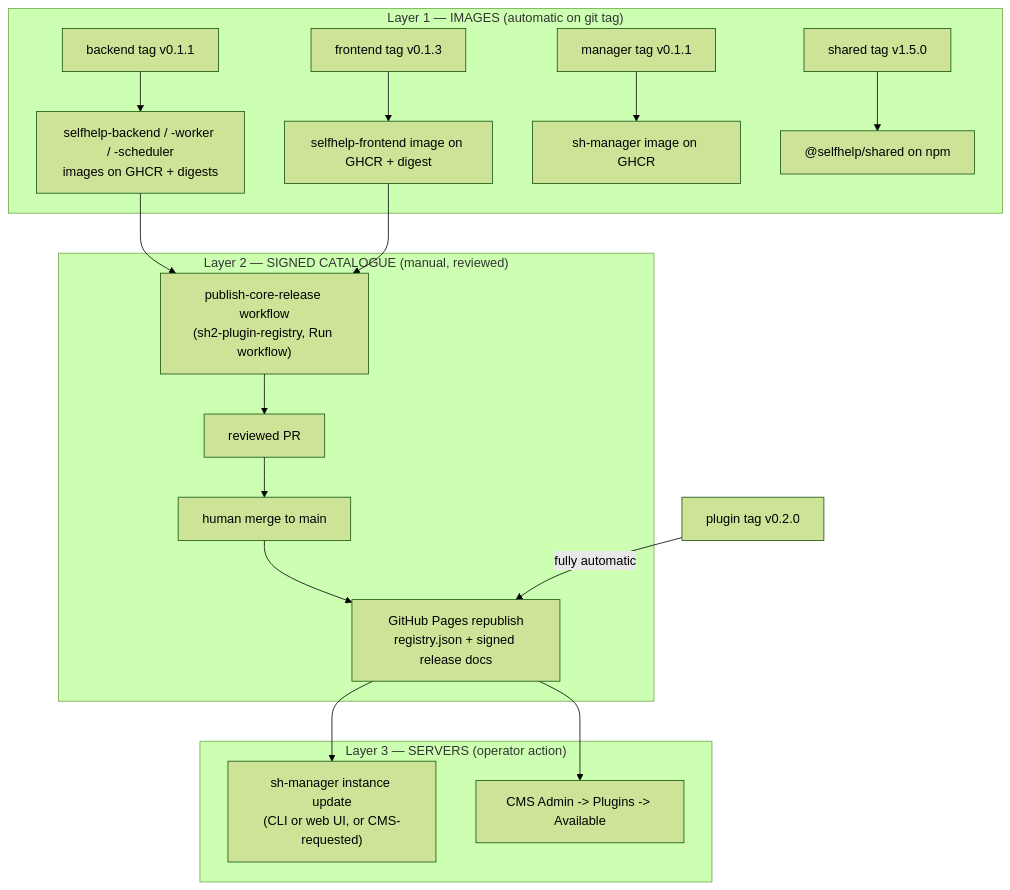
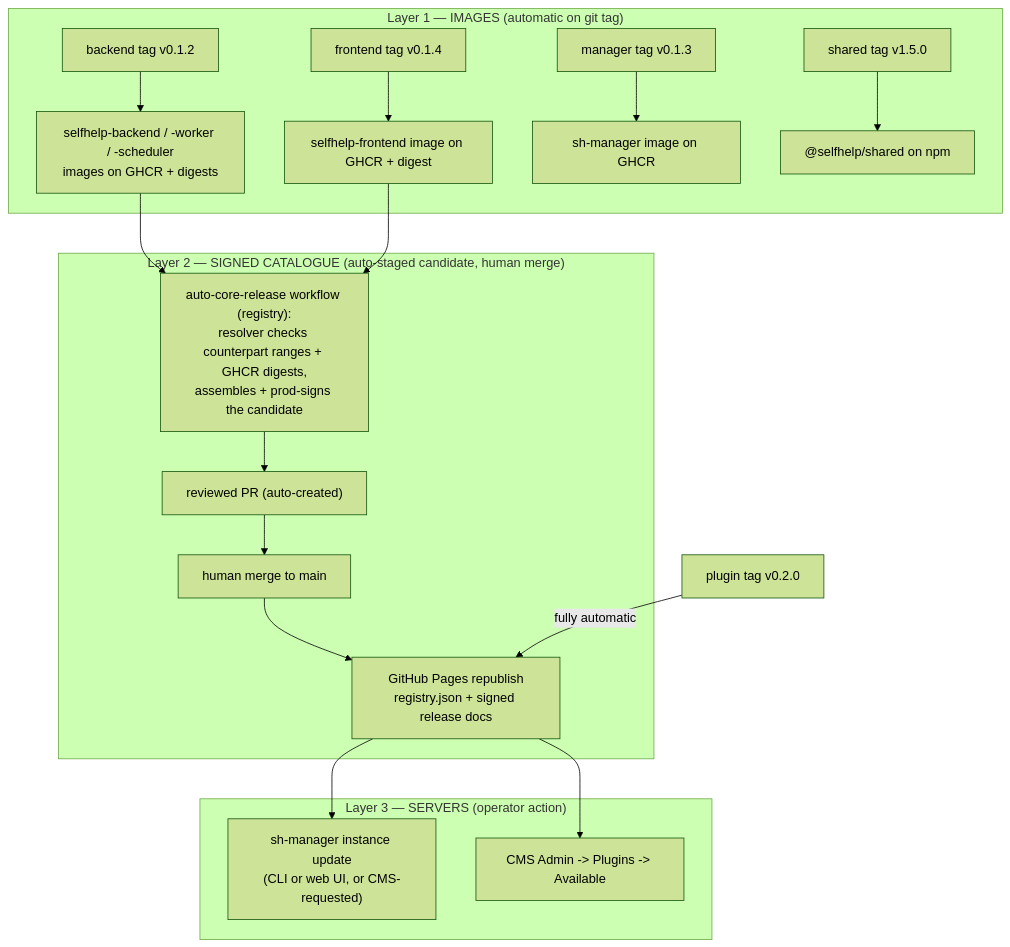
One commit to humdek-unibe-ch/sh-selfhelp_backend changed the diagram in docs/operations/ecosystem-release-and-update-runbook.md. Above: the diagram before and after it, drawn with Mermaid (forest theme). The commit also changed other lines of this file and 4 other files, not shown here.

First line of the commit message:
feat(release): auto core release candidate flow + v0.1.2

````diff
--- a/docs/operations/ecosystem-release-and-update-runbook.md
+++ b/docs/operations/ecosystem-release-and-update-runbook.md
@@ -33,20 +33,20 @@
 ```mermaid
 flowchart TB
   subgraph L1["Layer 1 — IMAGES (automatic on git tag)"]
-    bt["backend tag v0.1.1"] --> bi["selfhelp-backend / -worker / -scheduler<br/>images on GHCR + digests"]
-    ft["frontend tag v0.1.3"] --> fi["selfhelp-frontend image on GHCR + digest"]
-    mt["manager tag v0.1.1"] --> mi["sh-manager image on GHCR"]
+    bt["backend tag v0.1.2"] --> bi["selfhelp-backend / -worker / -scheduler<br/>images on GHCR + digests"]
+    ft["frontend tag v0.1.4"] --> fi["selfhelp-frontend image on GHCR + digest"]
+    mt["manager tag v0.1.3"] --> mi["sh-manager image on GHCR"]
     st["shared tag v1.5.0"] --> si["@selfhelp/shared on npm"]
   end
-  subgraph L2["Layer 2 — SIGNED CATALOGUE (manual, reviewed)"]
-    bi --> wf["publish-core-release workflow<br/>(sh2-plugin-registry, Run workflow)"]
-    fi --> wf
-    wf --> pr["reviewed PR"] --> merge["human merge to main"]
+  subgraph L2["Layer 2 — SIGNED CATALOGUE (auto-staged candidate, human merge)"]
+    bi --> auto["auto-core-release workflow (registry):<br/>resolver checks counterpart ranges + GHCR digests,<br/>assembles + prod-signs the candidate"]
+    fi --> auto
+    auto --> pr["reviewed PR (auto-created)"] --> merge["human merge to main"]
     merge --> pages["GitHub Pages republish<br/>registry.json + signed release docs"]
   end
   subgraph L3["Layer 3 — SERVERS (operator action)"]
     pages --> mgr["sh-manager instance update<br/>(CLI or web UI, or CMS-requested)"]
     pages --> host["CMS Admin -> Plugins -> Available"]
   end
   pt["plugin tag v0.2.0"] -->|fully automatic| pages
 ```
````
